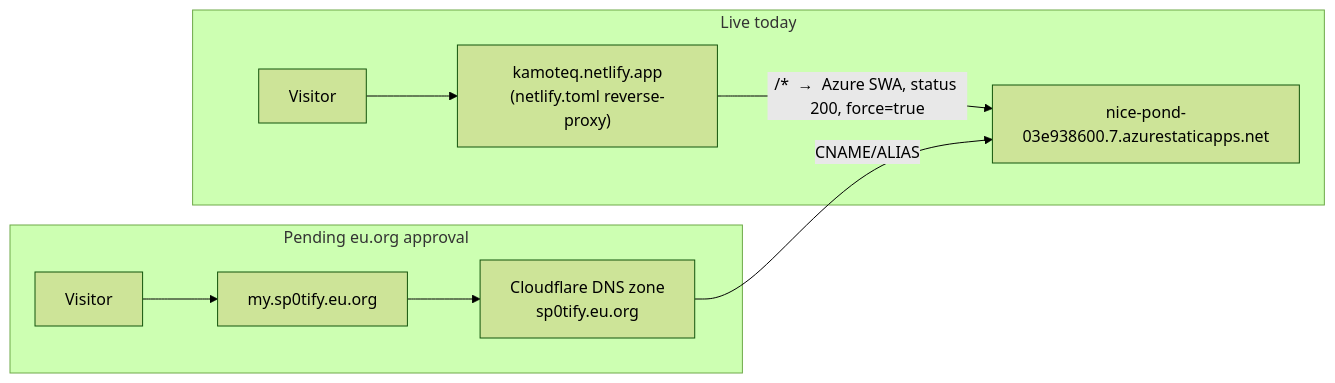
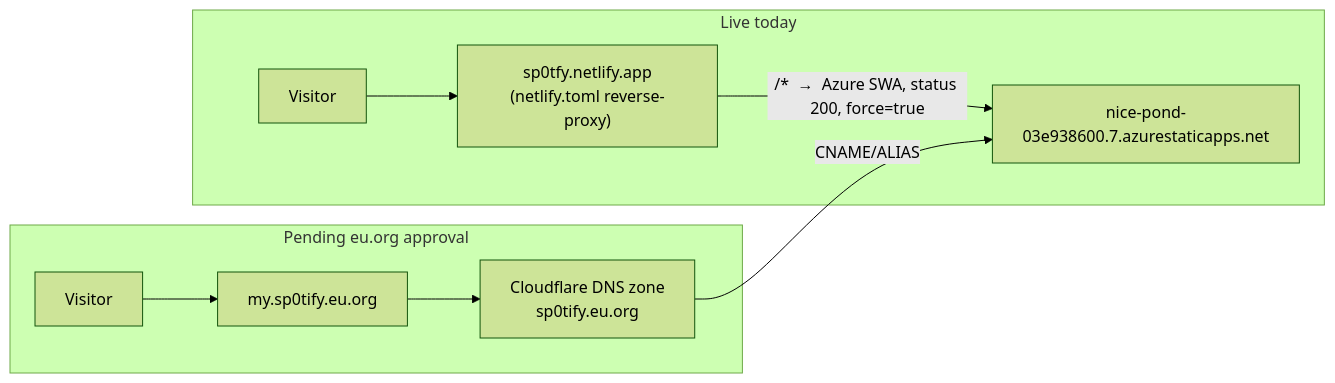
Before and after one commit to 13ntlent-afk/Mysp0tify: the fifth of 6 diagrams in PRESENTATION.md, drawn with Mermaid (forest theme). The commit also changed other lines of this file and 8 other files, not shown here.

````diff
--- a/PRESENTATION.md
+++ b/PRESENTATION.md
@@ -319,12 +319,12 @@
 ```mermaid
 flowchart LR
     subgraph Now["Live today"]
-        Visitor1[Visitor] --> NetlifyHost["kamoteq.netlify.app\n(netlify.toml reverse-proxy)"]
+        Visitor1[Visitor] --> NetlifyHost["sp0tfy.netlify.app\n(netlify.toml reverse-proxy)"]
         NetlifyHost -->|"/*  →  Azure SWA, status 200, force=true"| SWAHost[nice-pond-03e938600.7.azurestaticapps.net]
     end
     subgraph Pending["Pending eu.org approval"]
         Visitor2[Visitor] --> CustomHost[my.sp0tify.eu.org]
         CustomHost --> CFZone[Cloudflare DNS zone\nsp0tify.eu.org]
         CFZone -->|CNAME/ALIAS| SWAHost
     end
 ```
````
